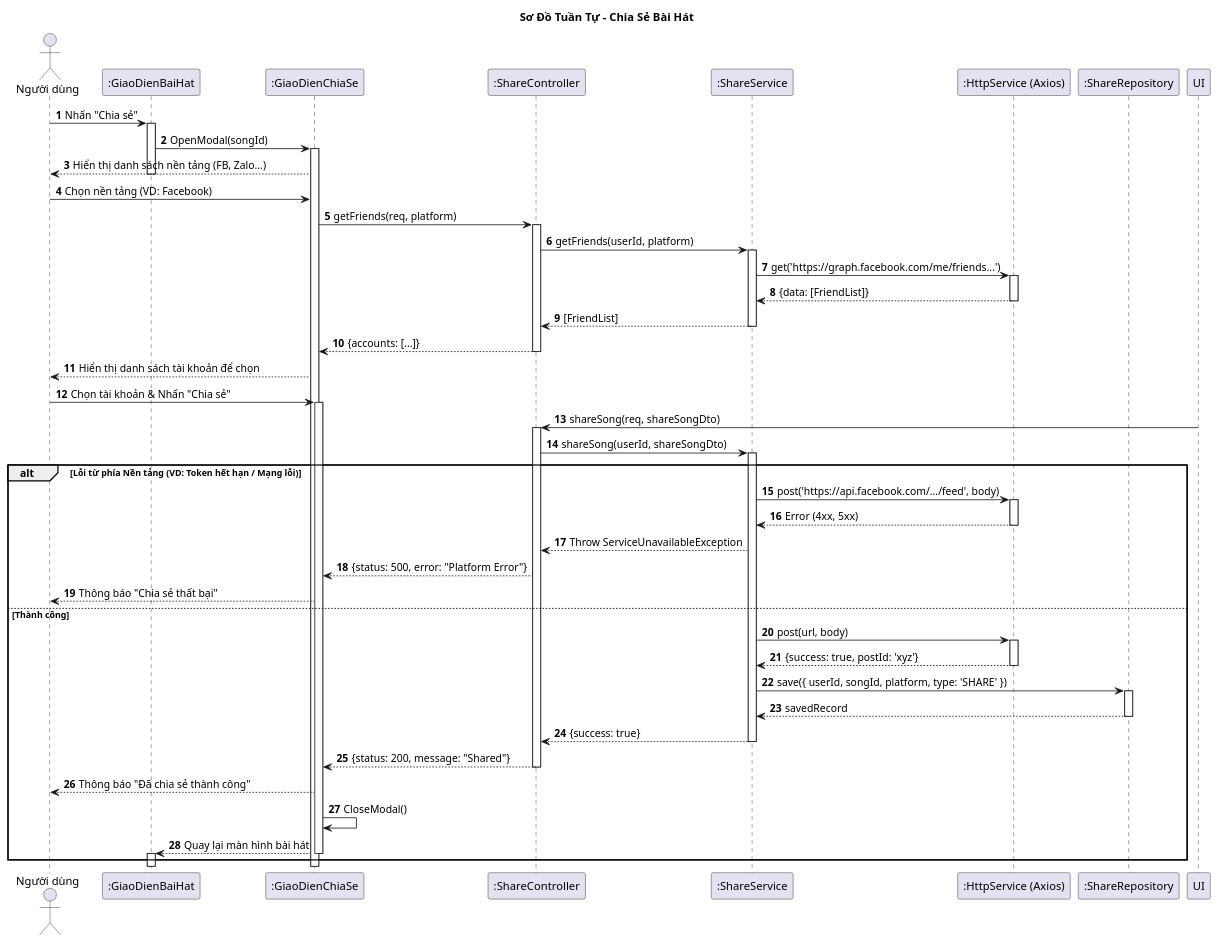
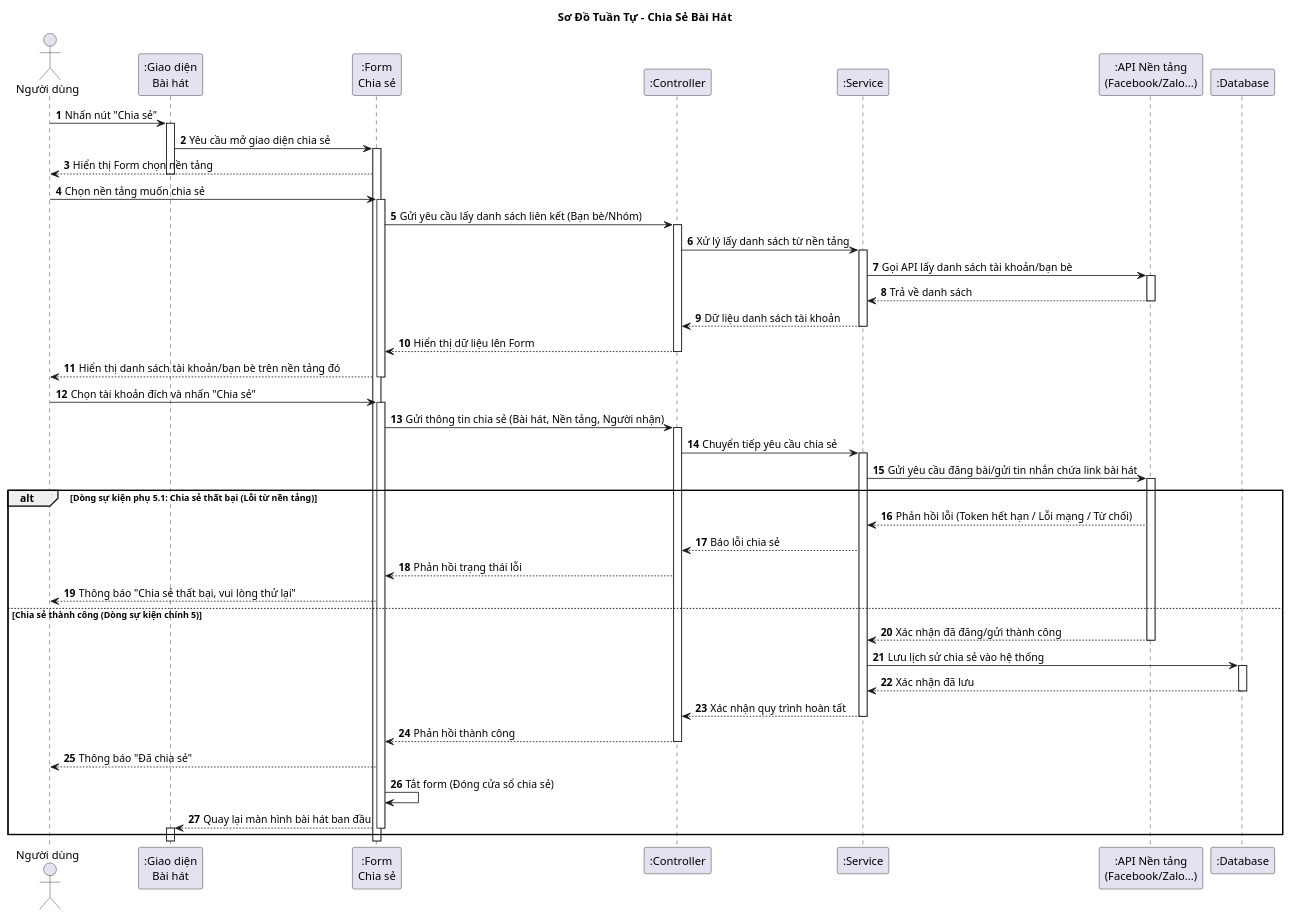
The diagram in Diagrams/SequenceDiagram/ShareSD.plantuml (vinh047/soundwave), drawn with PlantUML before and after one commit. The commit also changed 37 other files, not shown here.

Commit message:
Sừa BFD, Usecase, Đặc tả, Sequence, Class

```diff
--- a/Diagrams/SequenceDiagram/ShareSD.plantuml
+++ b/Diagrams/SequenceDiagram/ShareSD.plantuml
@@ -1,88 +1,94 @@
-@startuml Sequence Diagram - Chia Sẻ Bài Hát 
+@startuml Sequence Diagram - Chia Sẻ Bài Hát (Thông điệp)
 
-title Sơ Đồ Tuần Tự - Chia Sẻ Bài Hát 
+title Sơ Đồ Tuần Tự - Chia Sẻ Bài Hát
 
 actor "Người dùng" as User
-participant ":GiaoDienBaiHat" as SongUI
-participant ":GiaoDienChiaSe" as ShareUI
-participant ":ShareController" as ShareController
-participant ":ShareService" as ShareService
-participant ":HttpService (Axios)" as ExternalAPI
-participant ":ShareRepository" as DB
+participant ":Giao diện\nBài hát" as SongUI
+participant ":Form\nChia sẻ" as ShareUI
+participant ":Controller" as Controller
+participant ":Service" as Service
+participant ":API Nền tảng\n(Facebook/Zalo...)" as ExternalAPI
+participant ":Database" as DB
 
 autonumber
 
-' === BƯỚC 1: HIỂN THỊ ===
-User -> SongUI: Nhấn "Chia sẻ"
+' === BƯỚC 1: HIỂN THỊ FORM (Dòng sự kiện chính 1) ===
+User -> SongUI: Nhấn nút "Chia sẻ"
 activate SongUI
-SongUI -> ShareUI: OpenModal(songId)
+SongUI -> ShareUI: Yêu cầu mở giao diện chia sẻ
 activate ShareUI
-ShareUI --> User: Hiển thị danh sách nền tảng (FB, Zalo...)
+ShareUI --> User: Hiển thị Form chọn nền tảng
 deactivate SongUI
 
-' === BƯỚC 2 & 3: LẤY DANH SÁCH BẠN BÈ/TK ===
-User -> ShareUI: Chọn nền tảng (VD: Facebook)
-ShareUI -> ShareController: getFriends(req, platform)
-activate ShareController
-ShareController -> ShareService: getFriends(userId, platform)
-activate ShareService
+' === BƯỚC 2 & 3: CHỌN NỀN TẢNG & HIỆN TÀI KHOẢN ===
+User -> ShareUI: Chọn nền tảng muốn chia sẻ
+activate ShareUI
 
-' Gọi API bên thứ 3 để lấy danh sách bạn bè
-ShareService -> ExternalAPI: get('https://graph.facebook.com/me/friends...')
+ShareUI -> Controller: Gửi yêu cầu lấy danh sách liên kết (Bạn bè/Nhóm)
+activate Controller
+Controller -> Service: Xử lý lấy danh sách từ nền tảng
+activate Service
+
+Service -> ExternalAPI: Gọi API lấy danh sách tài khoản/bạn bè
 activate ExternalAPI
-ExternalAPI --> ShareService: {data: [FriendList]}
+ExternalAPI --> Service: Trả về danh sách
 deactivate ExternalAPI
 
-ShareService --> ShareController: [FriendList]
-deactivate ShareService
-ShareController --> ShareUI: {accounts: [...]}
-deactivate ShareController
-ShareUI --> User: Hiển thị danh sách tài khoản để chọn
+Service --> Controller: Dữ liệu danh sách tài khoản
+deactivate Service
+Controller --> ShareUI: Hiển thị dữ liệu lên Form
+deactivate Controller
 
-' === BƯỚC 4: THỰC HIỆN CHIA SẺ ===
-User -> ShareUI: Chọn tài khoản & Nhấn "Chia sẻ"
+ShareUI --> User: Hiển thị danh sách tài khoản/bạn bè trên nền tảng đó
+deactivate ShareUI
+
+' === BƯỚC 4: CHỌN TÀI KHOẢN & GỬI ===
+User -> ShareUI: Chọn tài khoản đích và nhấn "Chia sẻ"
 activate ShareUI
 
-' Dùng DTO
-UI -> ShareController: shareSong(req, shareSongDto)
-activate ShareController
-ShareController -> ShareService: shareSong(userId, shareSongDto)
-activate ShareService
+ShareUI -> Controller: Gửi thông tin chia sẻ (Bài hát, Nền tảng, Người nhận)
+activate Controller
+Controller -> Service: Chuyển tiếp yêu cầu chia sẻ
+activate Service
 
-' === BƯỚC 5: GỌI API BÊN THỨ 3 ===
-alt Lỗi từ phía Nền tảng (VD: Token hết hạn / Mạng lỗi)
-    ShareService -> ExternalAPI: post('https://api.facebook.com/.../feed', body)
-    activate ExternalAPI
-    ExternalAPI --> ShareService: Error (4xx, 5xx)
-    deactivate ExternalAPI
+' === BƯỚC 5: GỌI API BÊN NGOÀI (QUAN TRỌNG) ===
+Service -> ExternalAPI: Gửi yêu cầu đăng bài/gửi tin nhắn chứa link bài hát
+activate ExternalAPI
+
+alt Dòng sự kiện phụ 5.1: Chia sẻ thất bại (Lỗi từ nền tảng)
+    ExternalAPI --> Service: Phản hồi lỗi (Token hết hạn / Lỗi mạng / Từ chối)
+    Service --> Controller: Báo lỗi chia sẻ
+    Controller --> ShareUI: Phản hồi trạng thái lỗi
     
-    ShareService --> ShareController: Throw ServiceUnavailableException
-    ShareController --> ShareUI: {status: 500, error: "Platform Error"}
-    ShareUI --> User: Thông báo "Chia sẻ thất bại"
+    ShareUI --> User: Thông báo "Chia sẻ thất bại, vui lòng thử lại"
+    ' (Form vẫn mở để người dùng thử lại)
 
-else Thành công
-    ShareService -> ExternalAPI: post(url, body)
-    activate ExternalAPI
-    ExternalAPI --> ShareService: {success: true, postId: 'xyz'}
+else Chia sẻ thành công (Dòng sự kiện chính 5)
+    ExternalAPI --> Service: Xác nhận đã đăng/gửi thành công
     deactivate ExternalAPI
 
-    ' === BƯỚC 6: GHI DB (Chỉ ghi khi API thành công) ===
-    ShareService -> DB: save({ userId, songId, platform, type: 'SHARE' })
+    ' === BƯỚC 6: GHI NHẬN VÀO CSDL ===
+    Service -> DB: Lưu lịch sử chia sẻ vào hệ thống
     activate DB
-    DB --> ShareService: savedRecord
+    DB --> Service: Xác nhận đã lưu
     deactivate DB
     
-    ShareService --> ShareController: {success: true}
-    deactivate ShareService
-    ShareController --> ShareUI: {status: 200, message: "Shared"}
-    deactivate ShareController
+    Service --> Controller: Xác nhận quy trình hoàn tất
+    deactivate Service
     
-    ' === BƯỚC 7 & 8: THÔNG BÁO & ĐÓNG ===
-    ShareUI --> User: Thông báo "Đã chia sẻ thành công"
-    ShareUI -> ShareUI: CloseModal()
-    ShareUI --> SongUI: Quay lại màn hình bài hát
+    Controller --> ShareUI: Phản hồi thành công
+    deactivate Controller
+    
+    ' === BƯỚC 7: THÔNG BÁO ===
+    ShareUI --> User: Thông báo "Đã chia sẻ"
+    
+    ' === BƯỚC 8: TẮT FORM ===
+    ShareUI -> ShareUI: Tắt form (Đóng cửa sổ chia sẻ)
+    
+    ShareUI --> SongUI: Quay lại màn hình bài hát ban đầu
     deactivate ShareUI
     activate SongUI
     deactivate SongUI
 end
+
 @enduml
```
